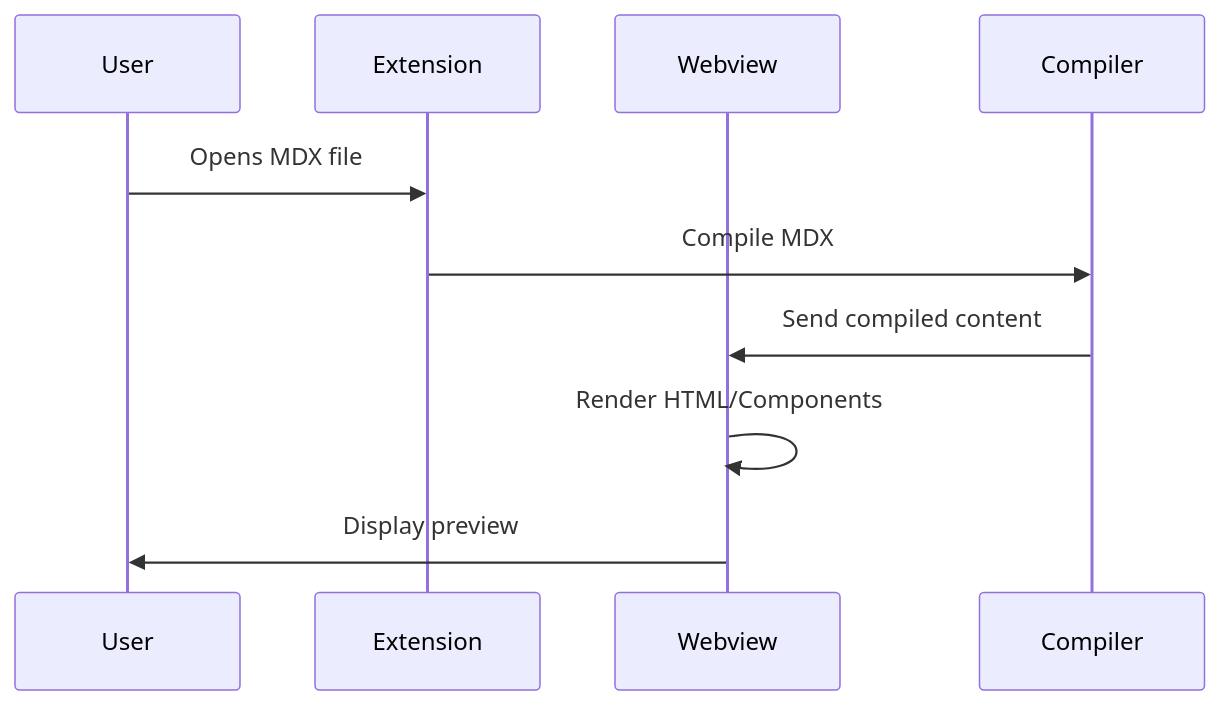
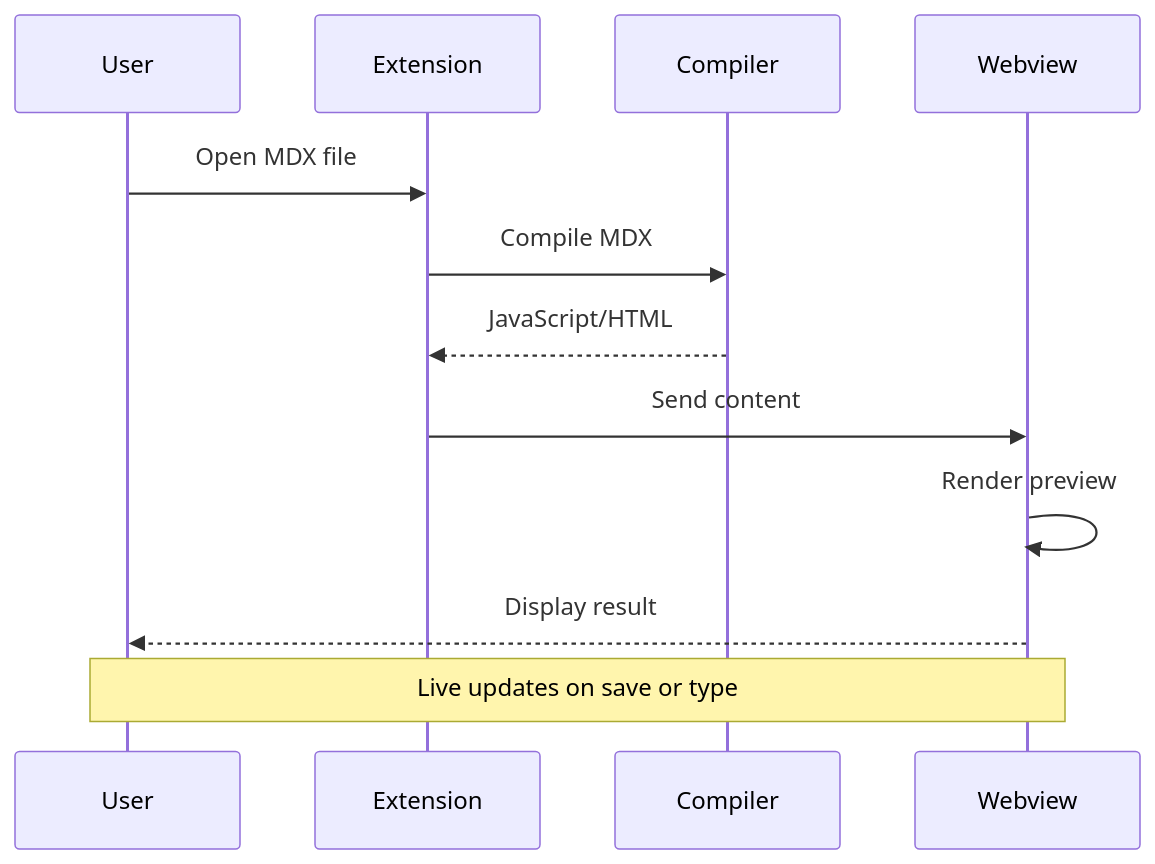
The second of 6 diagrams in examples/basic/README.mdx (ggfincke/vsc-mdx-preview), drawn with Mermaid before and after one commit. The commit also changed other lines of this file and 2 other files, not shown here.

Commit message:
docs(examples): update README.mdx showcase with Calculator component

````diff
--- a/examples/basic/README.mdx
+++ b/examples/basic/README.mdx
@@ -169,13 +290,16 @@
 ```mermaid
 sequenceDiagram
-  participant User
-  participant Extension
-  participant Webview
-  participant Compiler
+    participant U as User
+    participant E as Extension
+    participant C as Compiler
+    participant W as Webview
 
-  User->>Extension: Opens MDX file
-  Extension->>Compiler: Compile MDX
-  Compiler->>Webview: Send compiled content
-  Webview->>Webview: Render HTML/Components
-  Webview->>User: Display preview
+    U->>E: Open MDX file
+    E->>C: Compile MDX
+    C-->>E: JavaScript/HTML
+    E->>W: Send content
+    W->>W: Render preview
+    W-->>U: Display result
+
+    Note over U,W: Live updates on save or type
 ```
````
